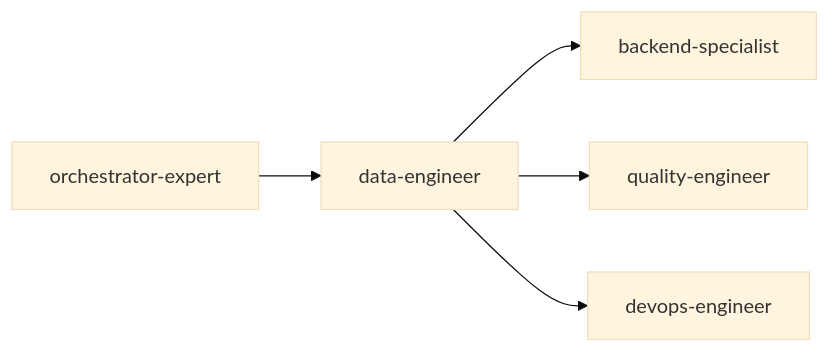
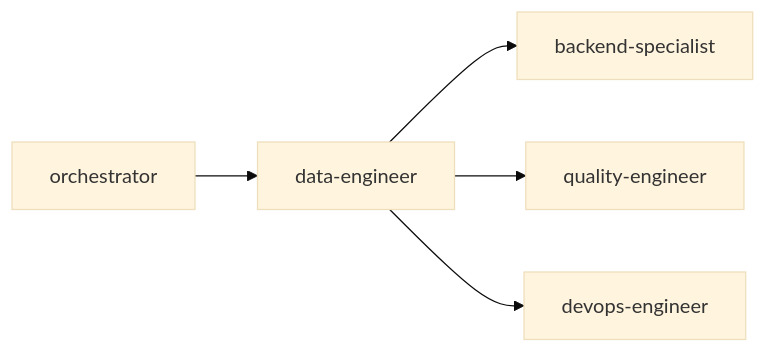
One commit to Tooooommy/Trae-Workflow changed the diagram in skills/data-engineer/SKILL.md. Above: the diagram before and after it, drawn with Mermaid (base theme). The commit also changed other lines of this file and 21 other files, not shown here.

First line of the commit message:
refactor(skills): rename orchestrator-expert to orchestrator and update paths

````diff
--- a/skills/data-engineer/SKILL.md
+++ b/skills/data-engineer/SKILL.md
@@ -164,7 +164,7 @@
 ```mermaid
 flowchart LR
-    A[orchestrator-expert] --> B[data-engineer]
+    A[orchestrator] --> B[data-engineer]
     B --> C[backend-specialist]
     B --> D[quality-engineer]
     B --> E[devops-engineer]
 ```
````
